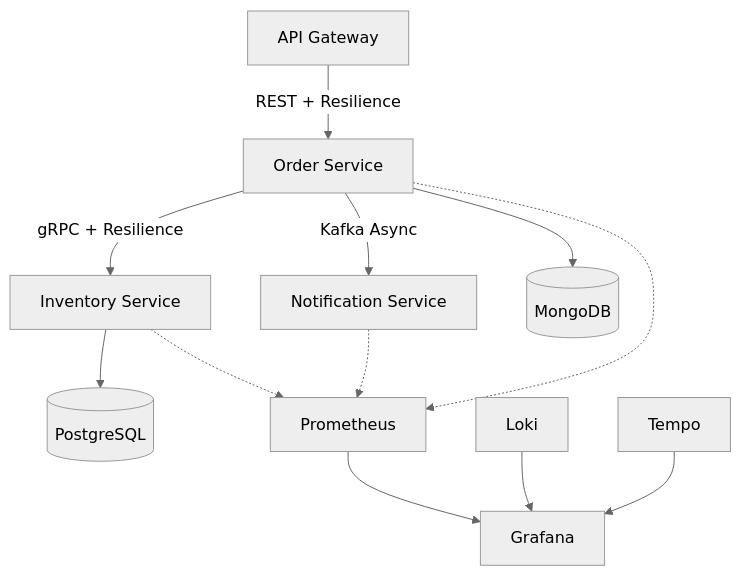
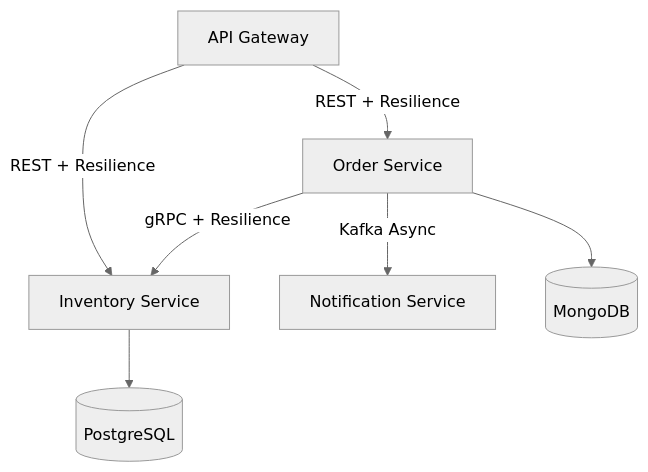
Before and after one commit to zeli8888/COMP41720-Distributed-Systems: the diagram in lab4/readme.md, drawn with Mermaid (neutral theme). The commit also changed other lines of this file, not shown here.

````diff
--- a/lab4/readme.md
+++ b/lab4/readme.md
@@ -5,17 +5,10 @@
 ```mermaid
 graph TB
     AG[API Gateway] -->|REST + Resilience| OS[Order Service]
+    AG[API Gateway] -->|REST + Resilience| IS[Inventory Service]
     OS -->|gRPC + Resilience| IS[Inventory Service]
     OS -->|Kafka Async| NS[Notification Service]
     
     OS --> MD[(MongoDB)]
     IS --> PD[(PostgreSQL)]
-    
-    PM[Prometheus] --> GM[Grafana]
-    LT[Loki] --> GM
-    TP[Tempo] --> GM
-    
-    OS -.-> PM
-    IS -.-> PM
-    NS -.-> PM
 ```
````
